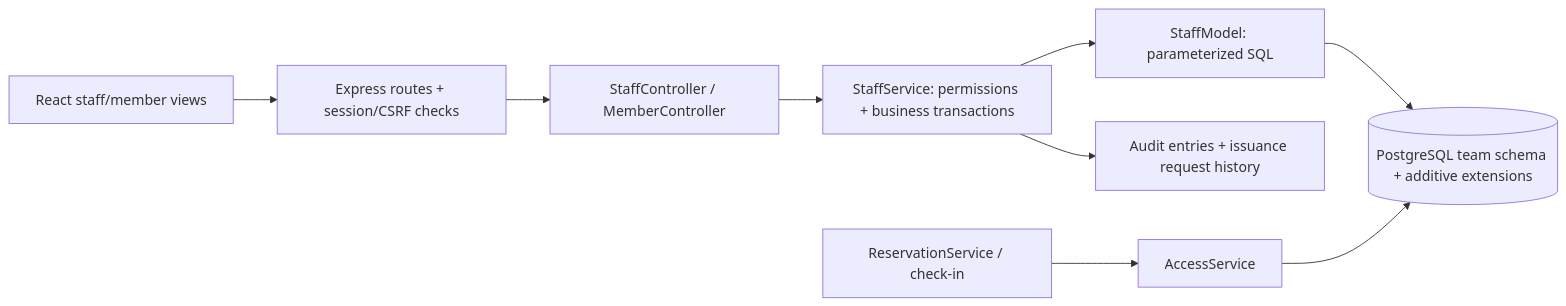
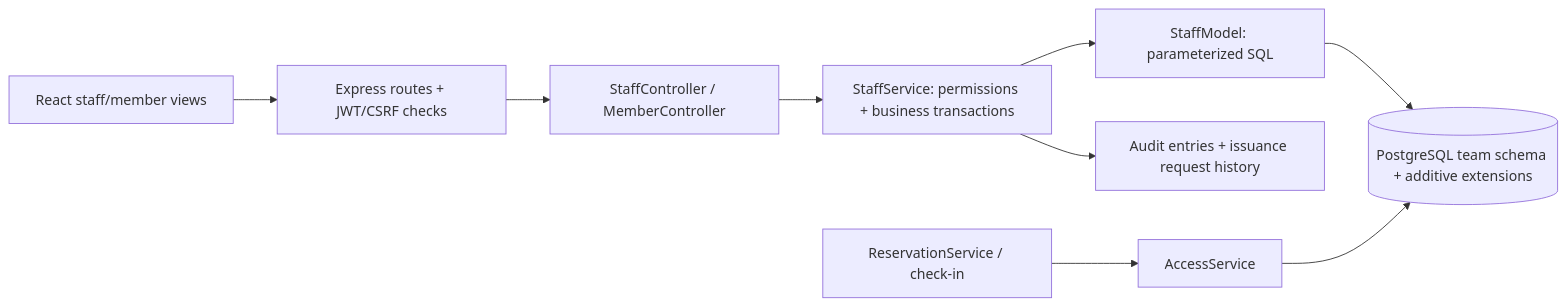
One commit to ISTE-500-Team-2/srdevproject changed the diagram in docs/TEAM-HANDOFF.md. Above: the diagram before and after it, drawn with Mermaid. The commit also changed other lines of this file and 23 other files, not shown here.

````diff
--- a/docs/TEAM-HANDOFF.md
+++ b/docs/TEAM-HANDOFF.md
@@ -89,11 +93,11 @@
 ```mermaid
 flowchart LR
-  UI[React staff/member views] --> API[Express routes + session/CSRF checks]
+  UI[React staff/member views] --> API[Express routes + JWT/CSRF checks]
   API --> C[StaffController / MemberController]
   C --> S[StaffService: permissions + business transactions]
   S --> M[StaffModel: parameterized SQL]
   M --> DB[(PostgreSQL team schema + additive extensions)]
   S --> A[Audit entries + issuance request history]
   Visit[ReservationService / check-in] --> Access[AccessService]
   Access --> DB
 ```
````
